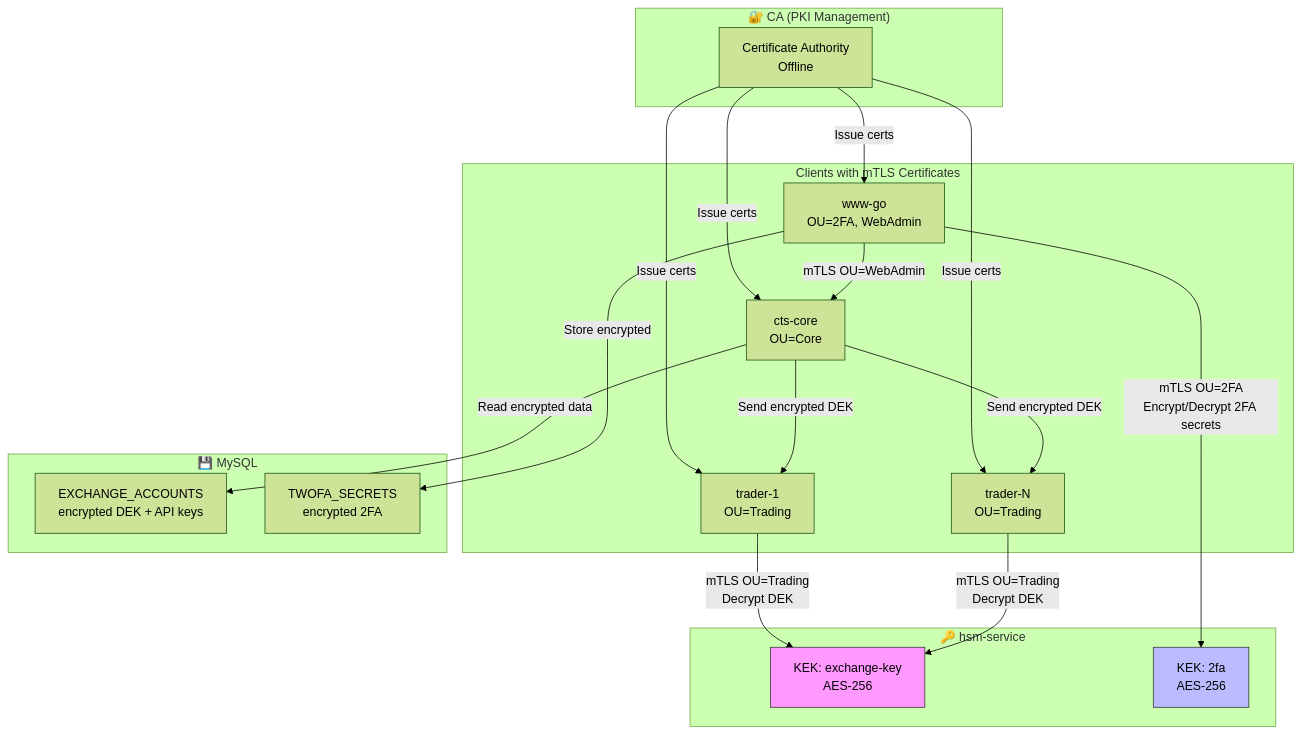
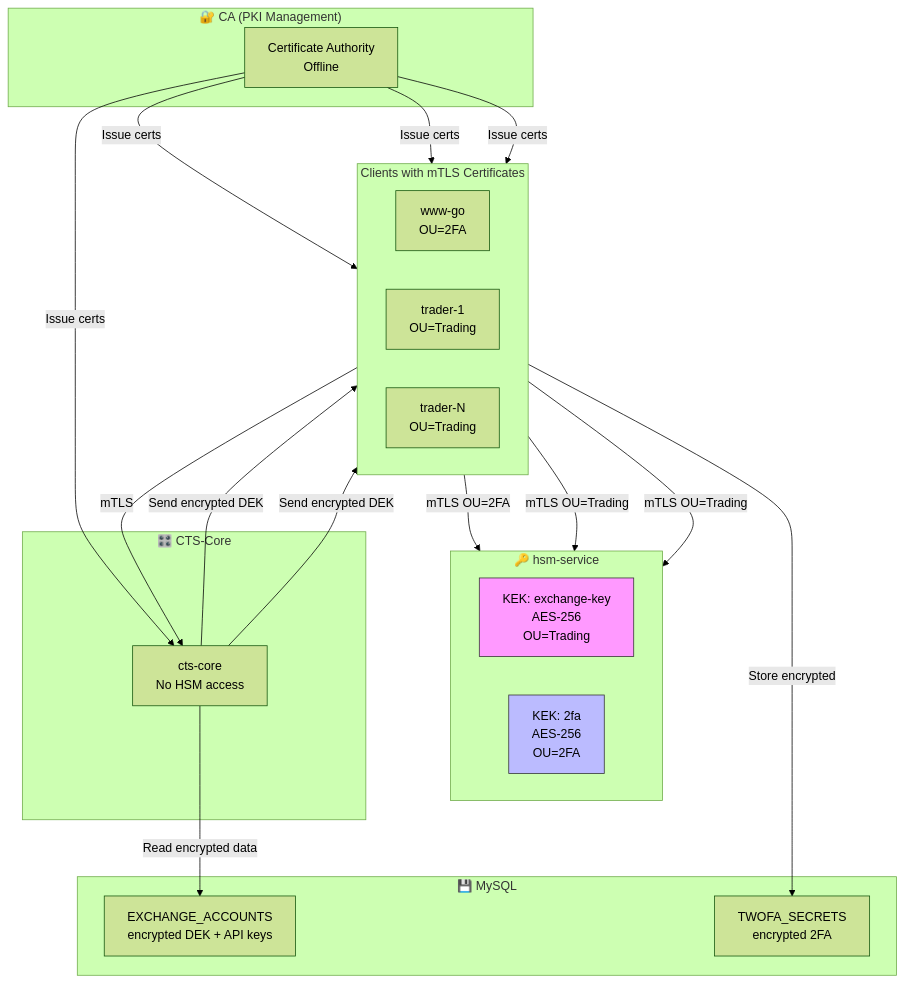
One commit to titaev-lv/cts-core changed the sixth of 12 diagrams in ARCHITECTURE.md. Above: the diagram before and after it, drawn with Mermaid (forest theme). The commit also changed other lines of this file and 2 other files, not shown here.

````diff
--- a/ARCHITECTURE.md
+++ b/ARCHITECTURE.md
@@ -1015,38 +1030,43 @@
 ```mermaid
 flowchart TB
     subgraph CA_PKI["🔐 CA (PKI Management)"]
         CA[Certificate Authority<br/>Offline]
     end
     
     subgraph HSM_SVC["🔑 hsm-service"]
-        KEK_EX[KEK: exchange-key<br/>AES-256]
-        KEK_2FA[KEK: 2fa<br/>AES-256]
+        direction LR
+        KEK_EX[KEK: exchange-key<br/>AES-256<br/>OU=Trading]
+        KEK_2FA[KEK: 2fa<br/>AES-256<br/>OU=2FA]
     end
     
     subgraph CLIENTS["Clients with mTLS Certificates"]
-        WWW[www-go<br/>OU=2FA, WebAdmin]
-        CTS[cts-core<br/>OU=Core]
+        direction LR
+        WWW[www-go<br/>OU=2FA]
         T1[trader-1<br/>OU=Trading]
         T2[trader-N<br/>OU=Trading]
     end
     
     subgraph MYSQL_DB["💾 MySQL"]
         CREDS[EXCHANGE_ACCOUNTS<br/>encrypted DEK + API keys]
         TWOFA_DB[TWOFA_SECRETS<br/>encrypted 2FA]
     end
     
+    subgraph CTS_CORE["🎛️ CTS-Core"]
+        CTS[cts-core<br/>No HSM access]
+    end
+    
     CA -->|Issue certs| WWW & CTS & T1 & T2
     
-    WWW -->|mTLS OU=2FA<br/>Encrypt/Decrypt 2FA secrets| KEK_2FA
-    WWW -->|mTLS OU=WebAdmin| CTS
+    WWW -->|mTLS OU=2FA| KEK_2FA
+    WWW -->|mTLS| CTS
     
     CTS -->|Read encrypted data| CREDS
     CTS -->|Send encrypted DEK| T1 & T2
     
-    T1 & T2 -->|mTLS OU=Trading<br/>Decrypt DEK| KEK_EX
+    T1 & T2 -->|mTLS OU=Trading| KEK_EX
     
     WWW -->|Store encrypted| TWOFA_DB
     
     style KEK_EX fill:#f9f,stroke:#333
     style KEK_2FA fill:#bbf,stroke:#333
 ```
````
